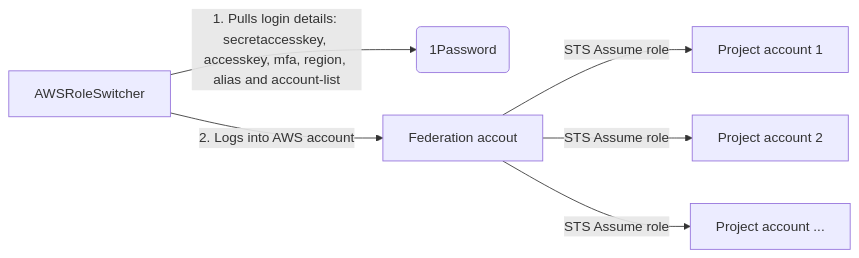
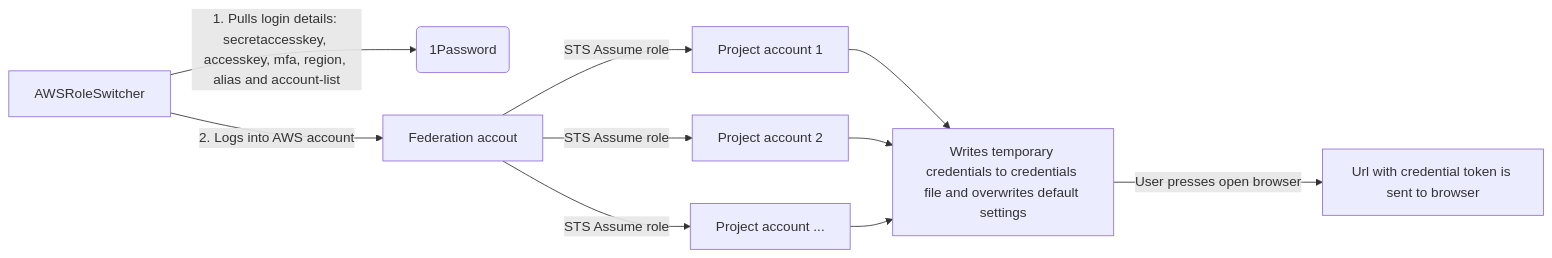
One commit to oappi/AWSRoleSwitcher changed the diagram in readme.md. Above: the diagram before and after it, drawn with Mermaid. The commit also changed other lines of this file and 2 other files, not shown here.

````diff
--- a/readme.md
+++ b/readme.md
@@ -61,8 +61,12 @@
 ```mermaid
 flowchart LR
 A[AWSRoleSwitcher] -->|1. Pulls login details: secretaccesskey, accesskey, mfa, region, alias and account-list| B(1Password)
 A -->|2. Logs into AWS account| C[Federation accout]
 C -->|STS Assume role| D[Project account 1]
 C -->|STS Assume role| E[Project account 2]
 C -->|STS Assume role| F[Project account ...]
+D -->G[Writes temporary credentials to credentials file and overwrites default settings]
+E -->G[Writes temporary credentials to credentials file and overwrites default settings]
+F -->G[Writes temporary credentials to credentials file and overwrites default settings]
+G -->|User presses open browser| H[Url with credential token is sent to browser]
 ```
````
